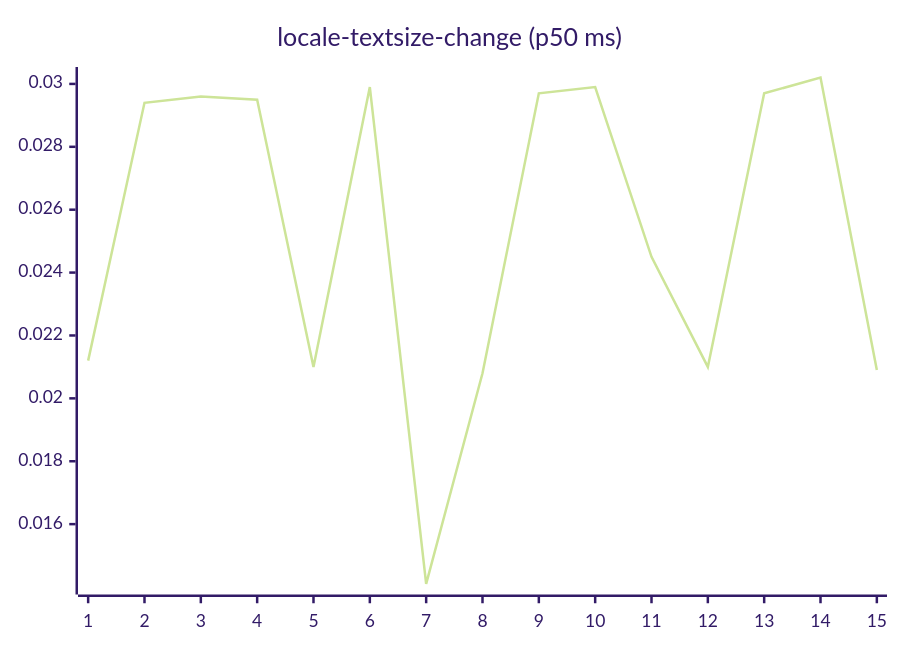
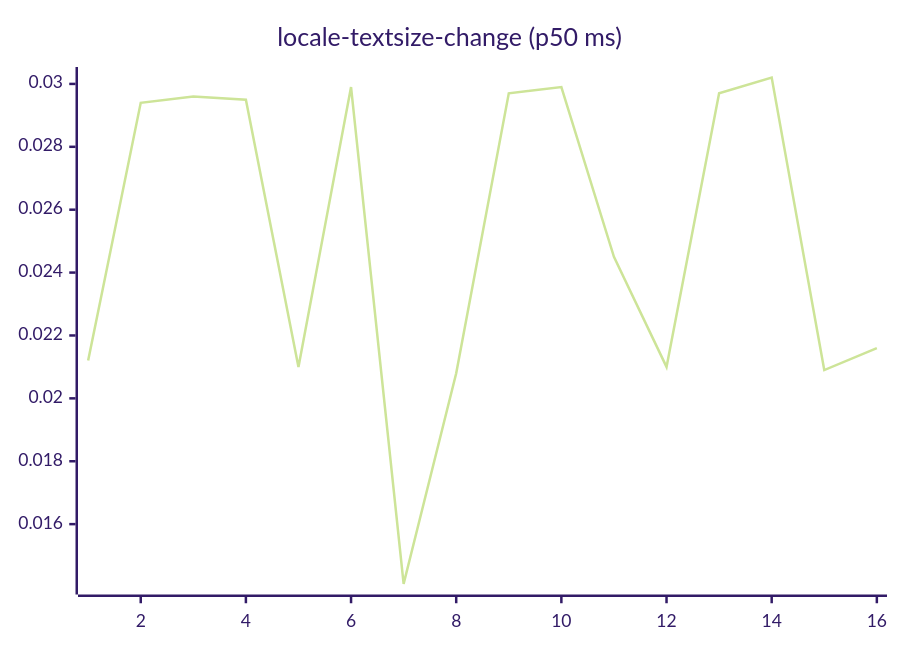
One commit to josha/Facet changed diagram 13 of 27 in README.md. Above: the diagram before and after it, drawn with Mermaid (forest theme). The commit also changed other lines of this file and 2 other files, not shown here.

````diff
--- a/README.md
+++ b/README.md
@@ -147,6 +147,6 @@
 ```mermaid
 xychart-beta
     title "locale-textsize-change (p50 ms)"
-    x-axis 1 --> 15
-    line [0.0212, 0.0294, 0.0296, 0.0295, 0.0210, 0.0299, 0.0141, 0.0208, 0.0297, 0.0299, 0.0245, 0.0210, 0.0297, 0.0302, 0.0209]
+    x-axis 1 --> 16
+    line [0.0212, 0.0294, 0.0296, 0.0295, 0.0210, 0.0299, 0.0141, 0.0208, 0.0297, 0.0299, 0.0245, 0.0210, 0.0297, 0.0302, 0.0209, 0.0216]
 ```
````
